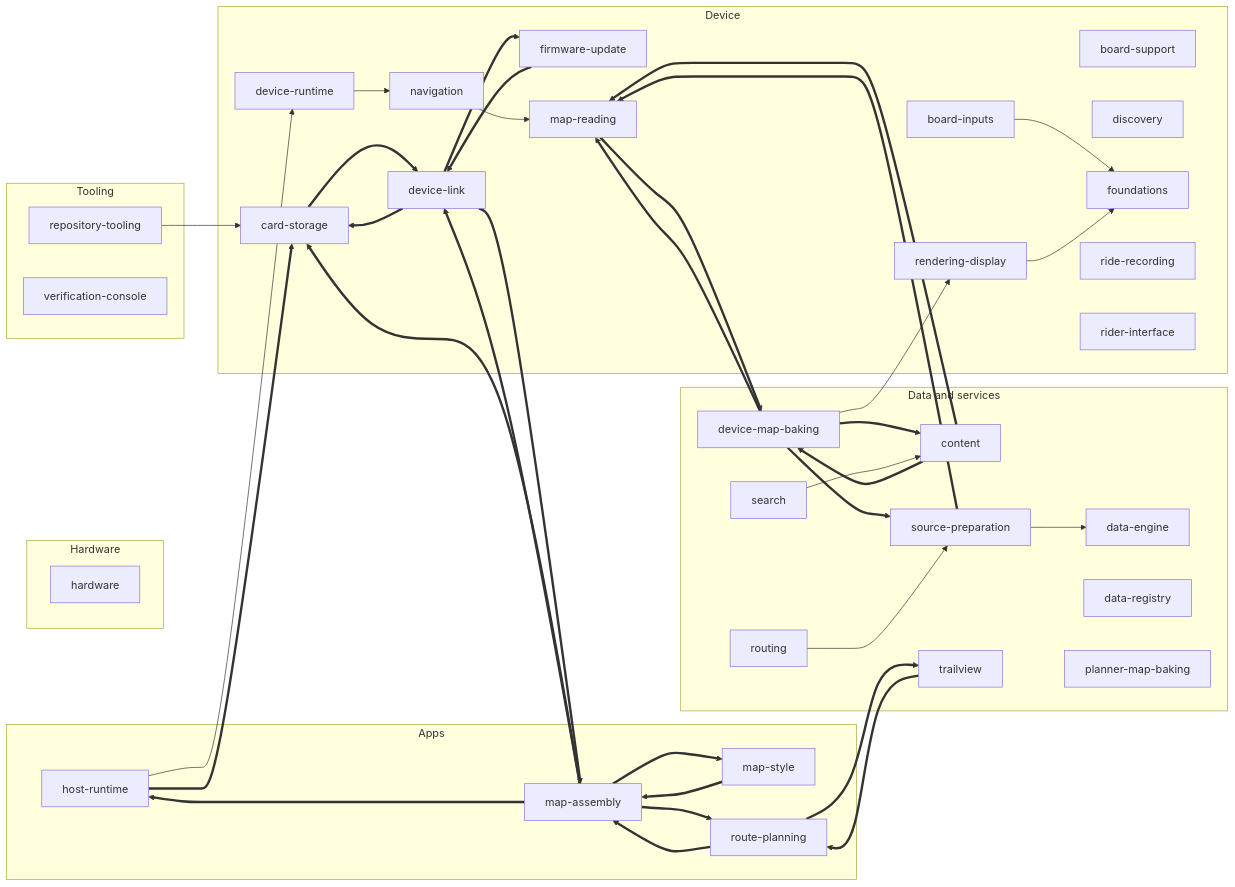
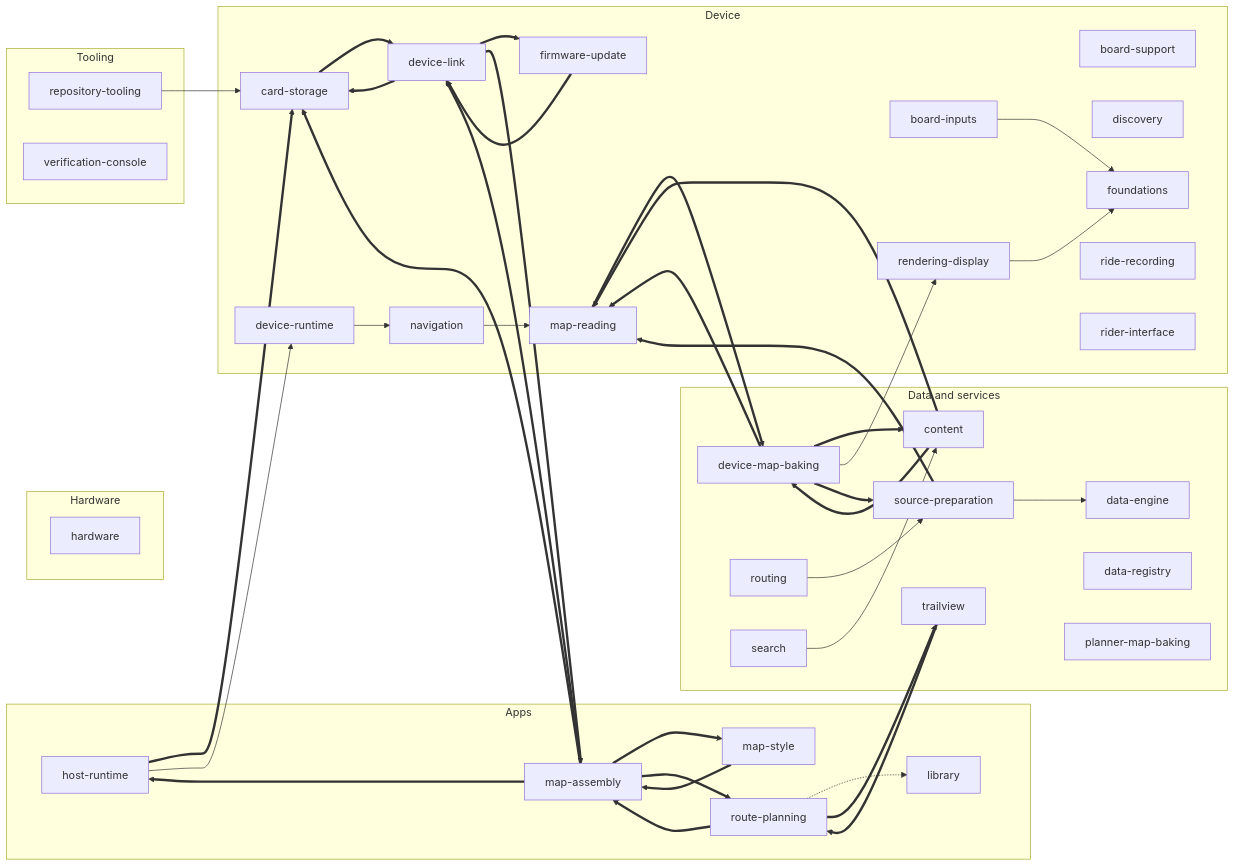
Before and after one commit to timohueser/OpenBikeComputer: the diagram in docs/design/README.md, drawn with Mermaid. The commit also changed other lines of this file and 5 other files, not shown here.

````diff
--- a/docs/design/README.md
+++ b/docs/design/README.md
@@ -9,74 +9,76 @@
 ```mermaid
 flowchart LR
   subgraph area0["Apps"]
     s_host_runtime["host-runtime"]
+    s_library["library"]
     s_map_assembly["map-assembly"]
     s_map_style["map-style"]
     s_route_planning["route-planning"]
   end
   subgraph area1["Data and services"]
     s_content["content"]
     s_data_engine["data-engine"]
     s_data_registry["data-registry"]
     s_device_map_baking["device-map-baking"]
     s_planner_map_baking["planner-map-baking"]
     s_routing["routing"]
     s_search["search"]
     s_source_preparation["source-preparation"]
     s_trailview["trailview"]
   end
   subgraph area2["Device"]
     s_board_inputs["board-inputs"]
     s_board_support["board-support"]
     s_card_storage["card-storage"]
     s_device_link["device-link"]
     s_device_runtime["device-runtime"]
     s_discovery["discovery"]
     s_firmware_update["firmware-update"]
     s_foundations["foundations"]
     s_map_reading["map-reading"]
     s_navigation["navigation"]
     s_rendering_display["rendering-display"]
     s_ride_recording["ride-recording"]
     s_rider_interface["rider-interface"]
   end
   subgraph area3["Hardware"]
     s_hardware["hardware"]
   end
   subgraph area4["Tooling"]
     s_repository_tooling["repository-tooling"]
     s_verification_console["verification-console"]
   end
   s_board_inputs --> s_foundations
   s_card_storage ==> s_device_link
   s_content ==> s_device_map_baking
   s_content ==> s_map_reading
   s_device_link ==> s_card_storage
   s_device_link ==> s_firmware_update
   s_device_link ==> s_map_assembly
   s_device_map_baking ==> s_content
   s_device_map_baking ==> s_map_reading
   s_device_map_baking --> s_rendering_display
   s_device_map_baking ==> s_source_preparation
   s_device_runtime --> s_navigation
   s_firmware_update ==> s_device_link
   s_host_runtime ==> s_card_storage
   s_host_runtime --> s_device_runtime
   s_map_assembly ==> s_card_storage
   s_map_assembly ==> s_device_link
   s_map_assembly ==> s_host_runtime
   s_map_assembly ==> s_map_style
   s_map_assembly ==> s_route_planning
   s_map_reading ==> s_device_map_baking
   s_map_style ==> s_map_assembly
   s_navigation --> s_map_reading
   s_rendering_display --> s_foundations
   s_repository_tooling --> s_card_storage
+  s_route_planning -.-> s_library
   s_route_planning ==> s_map_assembly
   s_route_planning ==> s_trailview
   s_routing --> s_source_preparation
   s_search --> s_content
   s_source_preparation --> s_data_engine
   s_source_preparation ==> s_map_reading
   s_trailview ==> s_route_planning
 ```
````
